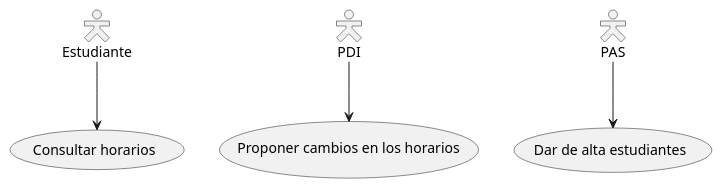
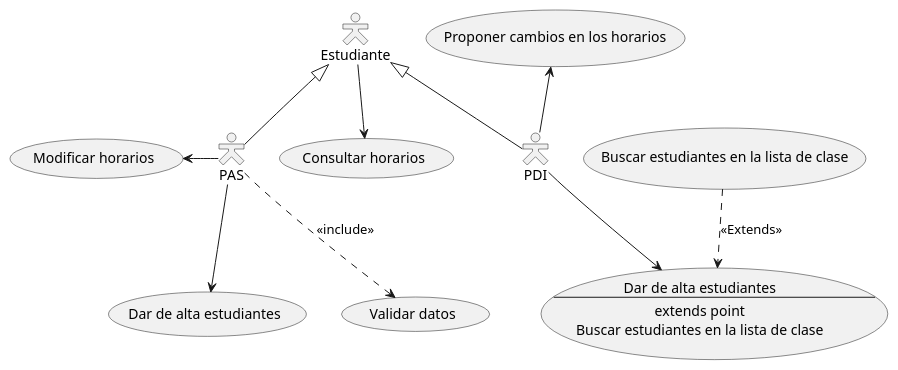
One commit to it557/INRE-UAL-BLANCO-2022 changed the diagram in lab0/src/horarios.puml. Above: the diagram before and after it, drawn with PlantUML. The commit also changed 1 other file, not shown here.

```diff
--- a/lab0/src/horarios.puml
+++ b/lab0/src/horarios.puml
@@ -1,10 +1,16 @@
 @startuml	
 skinparam actorStyle Hollow
-:Estudiante: --> (Use)
-"Consultar horarios" as (Use)
-:PDI: --> (Use1)
-"Proponer cambios en los horarios" as (Use1)
-:PAS: --> (Use2)
-"Modificar horarios" as (Use2)
-"Dar de alta estudiantes" as (Use2)
+:Estudiante: --> (Consultar horarios)
+:PDI: -up-> (Proponer cambios en los horarios)
+:PAS: -left-> (Modificar horarios)
+:PAS: -down-> (Dar de alta estudiantes)
+Estudiante <|-- PAS
+Estudiante <|-- PDI
+:PAS: ..>(Validar datos) : <<include>>
+usecase UC1 as "Dar de alta estudiantes
+--
+extends point
+Buscar estudiantes en la lista de clase"
+:PDI: --> (UC1)
+(Buscar estudiantes en la lista de clase) ..> (UC1) : <<Extends>>
 @enduml
```
